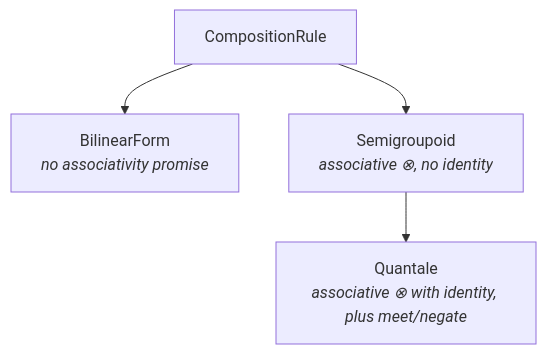
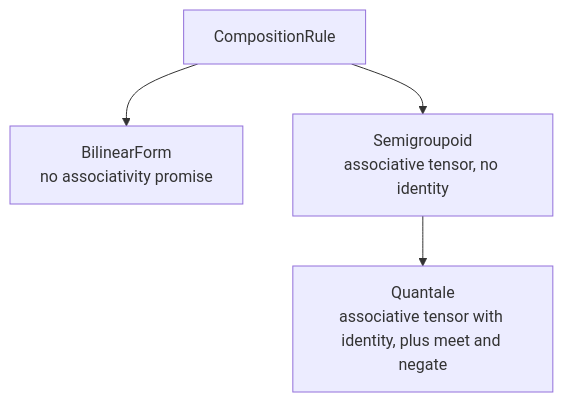
The second of 2 diagrams in docs/index.md (FACTSlab/quivers), drawn with Mermaid before and after one commit. The commit also changed other lines of this file and 45 other files, not shown here.

````diff
--- a/docs/index.md
+++ b/docs/index.md
@@ -28,10 +28,10 @@
 ```mermaid
 flowchart TB
-    CR[CompositionRule]
-    BF[BilinearForm<br/><i>no associativity promise</i>]
-    SG[Semigroupoid<br/><i>associative ⊗, no identity</i>]
-    Q[Quantale<br/><i>associative ⊗ with identity, plus meet/negate</i>]
+    CR["CompositionRule"]
+    BF["BilinearForm<br/>no associativity promise"]
+    SG["Semigroupoid<br/>associative tensor, no identity"]
+    Q["Quantale<br/>associative tensor with identity, plus meet and negate"]
     CR --> BF
     CR --> SG
     SG --> Q
 ```
````
